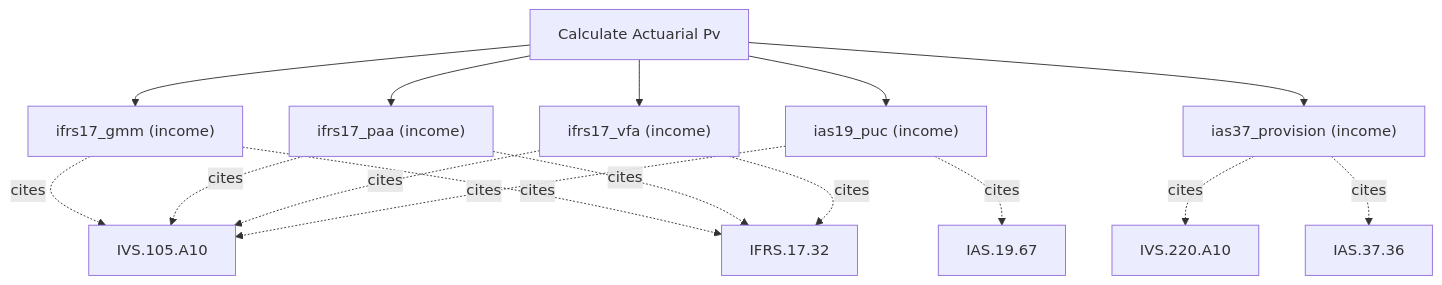
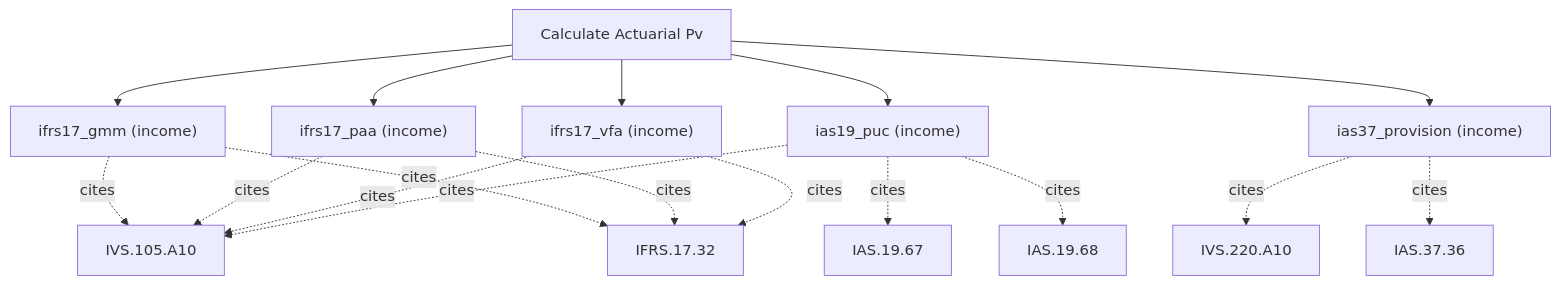
Before and after one commit to simonmak-ascent/fair-value: the diagram in docs/methods/calculate_actuarial_pv.md, drawn with Mermaid. The commit also changed other lines of this file and 10 other files, not shown here.

````diff
--- a/docs/methods/calculate_actuarial_pv.md
+++ b/docs/methods/calculate_actuarial_pv.md
@@ -5,19 +5,20 @@
 ```mermaid
 flowchart TD
   T[Calculate Actuarial Pv]
   T --> calculate_actuarial_pv_ifrs17_gmm["ifrs17_gmm (income)"]
   calculate_actuarial_pv_ifrs17_gmm -. cites .-> IVS_105_A10[IVS.105.A10]
   calculate_actuarial_pv_ifrs17_gmm -. cites .-> IFRS_17_32[IFRS.17.32]
   T --> calculate_actuarial_pv_ifrs17_paa["ifrs17_paa (income)"]
   calculate_actuarial_pv_ifrs17_paa -. cites .-> IVS_105_A10[IVS.105.A10]
   calculate_actuarial_pv_ifrs17_paa -. cites .-> IFRS_17_32[IFRS.17.32]
   T --> calculate_actuarial_pv_ifrs17_vfa["ifrs17_vfa (income)"]
   calculate_actuarial_pv_ifrs17_vfa -. cites .-> IVS_105_A10[IVS.105.A10]
   calculate_actuarial_pv_ifrs17_vfa -. cites .-> IFRS_17_32[IFRS.17.32]
   T --> calculate_actuarial_pv_ias19_puc["ias19_puc (income)"]
   calculate_actuarial_pv_ias19_puc -. cites .-> IVS_105_A10[IVS.105.A10]
   calculate_actuarial_pv_ias19_puc -. cites .-> IAS_19_67[IAS.19.67]
+  calculate_actuarial_pv_ias19_puc -. cites .-> IAS_19_68[IAS.19.68]
   T --> calculate_actuarial_pv_ias37_provision["ias37_provision (income)"]
   calculate_actuarial_pv_ias37_provision -. cites .-> IVS_220_A10[IVS.220.A10]
   calculate_actuarial_pv_ias37_provision -. cites .-> IAS_37_36[IAS.37.36]
 ```
````
